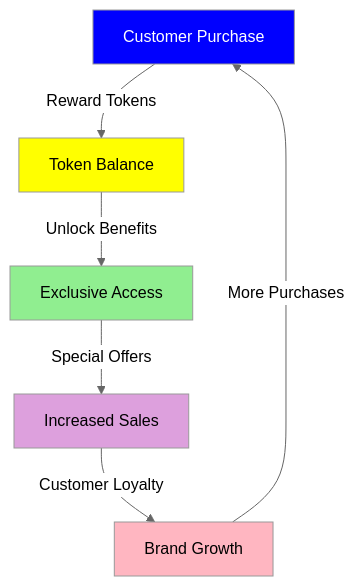
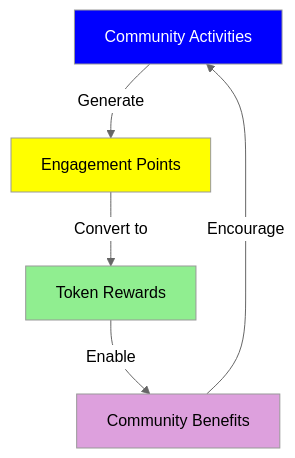
The third of 7 diagrams in docs/whitepaper/use-cases.md (MEMEFANS/memefans), drawn with Mermaid (neutral theme) before and after one commit. The commit also changed other lines of this file and 32 other files, not shown here.

````diff
--- a/docs/whitepaper/use-cases.md
+++ b/docs/whitepaper/use-cases.md
@@ -73,14 +64,12 @@
-<div class="mermaid">
+```mermaid
 graph TD
-    A[Customer Purchase] -->|Reward Tokens| B[Token Balance]
-    B -->|Unlock Benefits| C[Exclusive Access]
-    C -->|Special Offers| D[Increased Sales]
-    D -->|Customer Loyalty| E[Brand Growth]
-    E -->|More Purchases| A
+    A[Community Activities] -->|Generate| B[Engagement Points]
+    B -->|Convert to| C[Token Rewards]
+    C -->|Enable| D[Community Benefits]
+    D -->|Encourage| A
     
     style A fill:#0000FF,color:#FFFFFF
     style B fill:#FFFF00,color:#000000
     style C fill:#90EE90,color:#000000
     style D fill:#DDA0DD,color:#000000
-    style E fill:#FFB6C1,color:#000000
-</div>
+```
````
